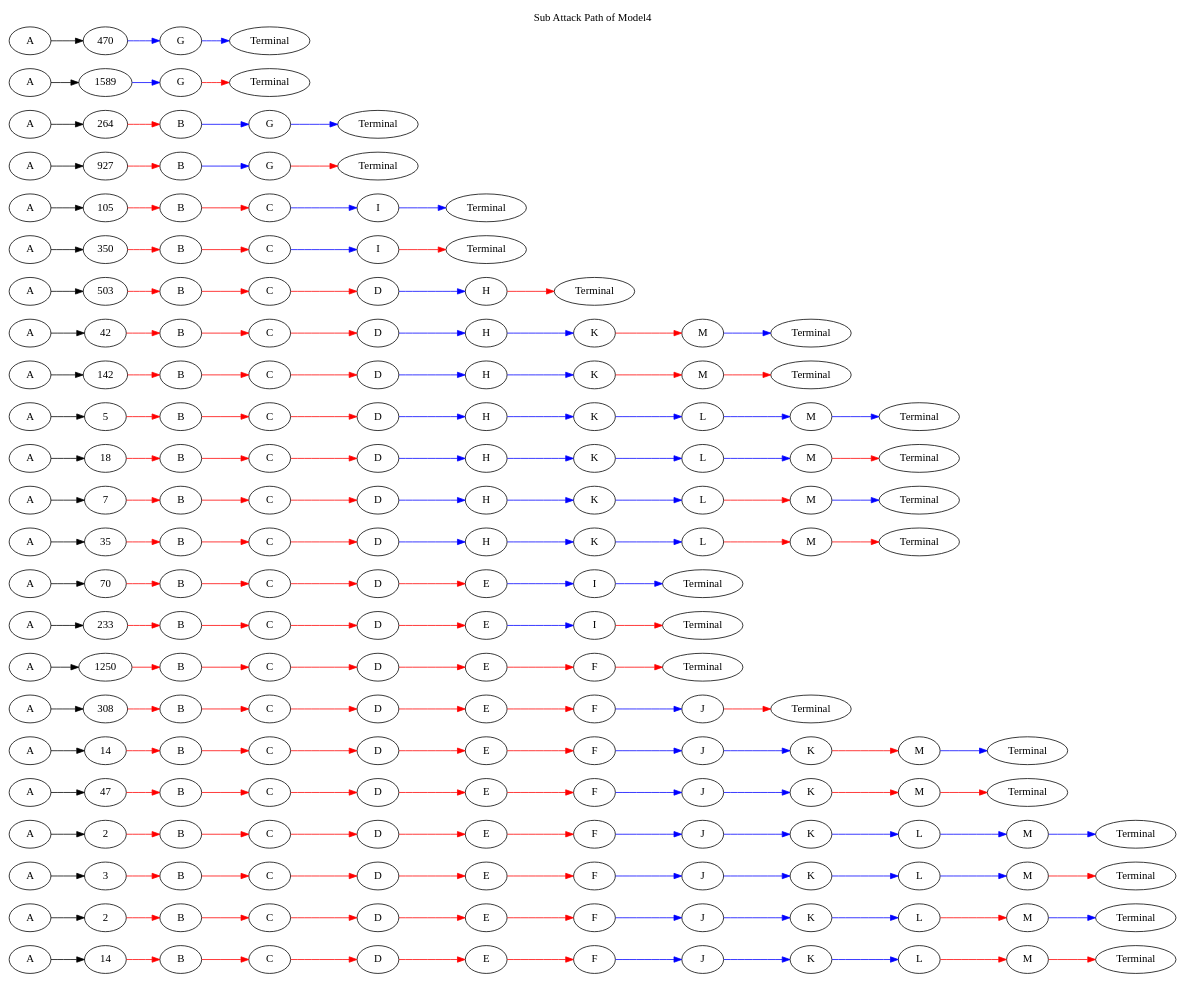
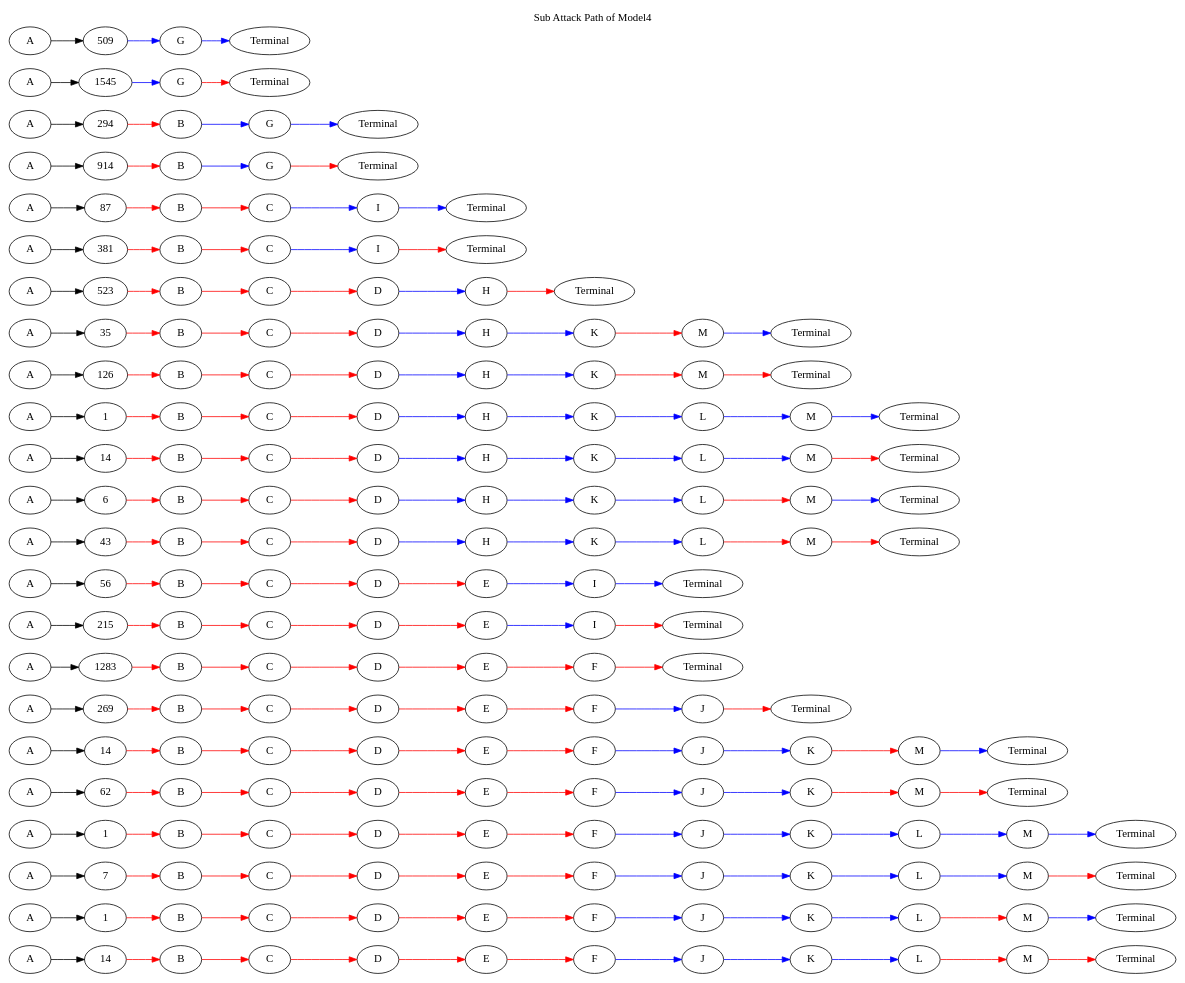
Before and after one commit to riasati/EvaluatingCSA: the diagram in BPMN-Network-Model/Model4/graph/SubAttackPath.gv, drawn with Graphviz. The commit also changed 84 other files, not shown here.

```diff
--- a/BPMN-Network-Model/Model4/graph/SubAttackPath.gv
+++ b/BPMN-Network-Model/Model4/graph/SubAttackPath.gv
@@ -25,7 +25,7 @@
 	Terminal1 [label=Terminal]
 	M1 -> Terminal1 [color=red]
 	A2 [label=A]
-	number_of_attack2 [label=2]
+	number_of_attack2 [label=1]
 	A2 -> number_of_attack2
 	B2 [label=B]
 	number_of_attack2 -> B2 [color=red]
@@ -48,7 +48,7 @@
 	Terminal2 [label=Terminal]
 	M2 -> Terminal2 [color=blue]
 	A3 [label=A]
-	number_of_attack3 [label=3]
+	number_of_attack3 [label=7]
 	A3 -> number_of_attack3
 	B3 [label=B]
 	number_of_attack3 -> B3 [color=red]
@@ -71,7 +71,7 @@
 	Terminal3 [label=Terminal]
 	M3 -> Terminal3 [color=red]
 	A4 [label=A]
-	number_of_attack4 [label=2]
+	number_of_attack4 [label=1]
 	A4 -> number_of_attack4
 	B4 [label=B]
 	number_of_attack4 -> B4 [color=red]
@@ -94,7 +94,7 @@
 	Terminal4 [label=Terminal]
 	M4 -> Terminal4 [color=blue]
 	A5 [label=A]
-	number_of_attack5 [label=47]
+	number_of_attack5 [label=62]
 	A5 -> number_of_attack5
 	B5 [label=B]
 	number_of_attack5 -> B5 [color=red]
@@ -136,7 +136,7 @@
 	Terminal6 [label=Terminal]
 	M6 -> Terminal6 [color=blue]
 	A7 [label=A]
-	number_of_attack7 [label=308]
+	number_of_attack7 [label=269]
 	A7 -> number_of_attack7
 	B7 [label=B]
 	number_of_attack7 -> B7 [color=red]
@@ -153,7 +153,7 @@
 	Terminal7 [label=Terminal]
 	J7 -> Terminal7 [color=red]
 	A8 [label=A]
-	number_of_attack8 [label=1250]
+	number_of_attack8 [label=1283]
 	A8 -> number_of_attack8
 	B8 [label=B]
 	number_of_attack8 -> B8 [color=red]
@@ -168,7 +168,7 @@
 	Terminal8 [label=Terminal]
 	F8 -> Terminal8 [color=red]
 	A9 [label=A]
-	number_of_attack9 [label=233]
+	number_of_attack9 [label=215]
 	A9 -> number_of_attack9
 	B9 [label=B]
 	number_of_attack9 -> B9 [color=red]
@@ -183,7 +183,7 @@
 	Terminal9 [label=Terminal]
 	I9 -> Terminal9 [color=red]
 	A10 [label=A]
-	number_of_attack10 [label=70]
+	number_of_attack10 [label=56]
 	A10 -> number_of_attack10
 	B10 [label=B]
 	number_of_attack10 -> B10 [color=red]
@@ -198,7 +198,7 @@
 	Terminal10 [label=Terminal]
 	I10 -> Terminal10 [color=blue]
 	A11 [label=A]
-	number_of_attack11 [label=35]
+	number_of_attack11 [label=43]
 	A11 -> number_of_attack11
 	B11 [label=B]
 	number_of_attack11 -> B11 [color=red]
@@ -217,7 +217,7 @@
 	Terminal11 [label=Terminal]
 	M11 -> Terminal11 [color=red]
 	A12 [label=A]
-	number_of_attack12 [label=7]
+	number_of_attack12 [label=6]
 	A12 -> number_of_attack12
 	B12 [label=B]
 	number_of_attack12 -> B12 [color=red]
@@ -236,7 +236,7 @@
 	Terminal12 [label=Terminal]
 	M12 -> Terminal12 [color=blue]
 	A13 [label=A]
-	number_of_attack13 [label=18]
+	number_of_attack13 [label=14]
 	A13 -> number_of_attack13
 	B13 [label=B]
 	number_of_attack13 -> B13 [color=red]
@@ -255,7 +255,7 @@
 	Terminal13 [label=Terminal]
 	M13 -> Terminal13 [color=red]
 	A14 [label=A]
-	number_of_attack14 [label=5]
+	number_of_attack14 [label=1]
 	A14 -> number_of_attack14
 	B14 [label=B]
 	number_of_attack14 -> B14 [color=red]
@@ -274,7 +274,7 @@
 	Terminal14 [label=Terminal]
 	M14 -> Terminal14 [color=blue]
 	A15 [label=A]
-	number_of_attack15 [label=142]
+	number_of_attack15 [label=126]
 	A15 -> number_of_attack15
 	B15 [label=B]
 	number_of_attack15 -> B15 [color=red]
@@ -291,7 +291,7 @@
 	Terminal15 [label=Terminal]
 	M15 -> Terminal15 [color=red]
 	A16 [label=A]
-	number_of_attack16 [label=42]
+	number_of_attack16 [label=35]
 	A16 -> number_of_attack16
 	B16 [label=B]
 	number_of_attack16 -> B16 [color=red]
@@ -308,7 +308,7 @@
 	Terminal16 [label=Terminal]
 	M16 -> Terminal16 [color=blue]
 	A17 [label=A]
-	number_of_attack17 [label=503]
+	number_of_attack17 [label=523]
 	A17 -> number_of_attack17
 	B17 [label=B]
 	number_of_attack17 -> B17 [color=red]
@@ -321,7 +321,7 @@
 	Terminal17 [label=Terminal]
 	H17 -> Terminal17 [color=red]
 	A18 [label=A]
-	number_of_attack18 [label=350]
+	number_of_attack18 [label=381]
 	A18 -> number_of_attack18
 	B18 [label=B]
 	number_of_attack18 -> B18 [color=red]
@@ -332,7 +332,7 @@
 	Terminal18 [label=Terminal]
 	I18 -> Terminal18 [color=red]
 	A19 [label=A]
-	number_of_attack19 [label=105]
+	number_of_attack19 [label=87]
 	A19 -> number_of_attack19
 	B19 [label=B]
 	number_of_attack19 -> B19 [color=red]
@@ -343,7 +343,7 @@
 	Terminal19 [label=Terminal]
 	I19 -> Terminal19 [color=blue]
 	A20 [label=A]
-	number_of_attack20 [label=927]
+	number_of_attack20 [label=914]
 	A20 -> number_of_attack20
 	B20 [label=B]
 	number_of_attack20 -> B20 [color=red]
@@ -352,7 +352,7 @@
 	Terminal20 [label=Terminal]
 	G20 -> Terminal20 [color=red]
 	A21 [label=A]
-	number_of_attack21 [label=264]
+	number_of_attack21 [label=294]
 	A21 -> number_of_attack21
 	B21 [label=B]
 	number_of_attack21 -> B21 [color=red]
@@ -361,14 +361,14 @@
 	Terminal21 [label=Terminal]
 	G21 -> Terminal21 [color=blue]
 	A22 [label=A]
-	number_of_attack22 [label=1589]
+	number_of_attack22 [label=1545]
 	A22 -> number_of_attack22
 	G22 [label=G]
 	number_of_attack22 -> G22 [color=blue]
 	Terminal22 [label=Terminal]
 	G22 -> Terminal22 [color=red]
 	A23 [label=A]
-	number_of_attack23 [label=470]
+	number_of_attack23 [label=509]
 	A23 -> number_of_attack23
 	G23 [label=G]
 	number_of_attack23 -> G23 [color=blue]
```
